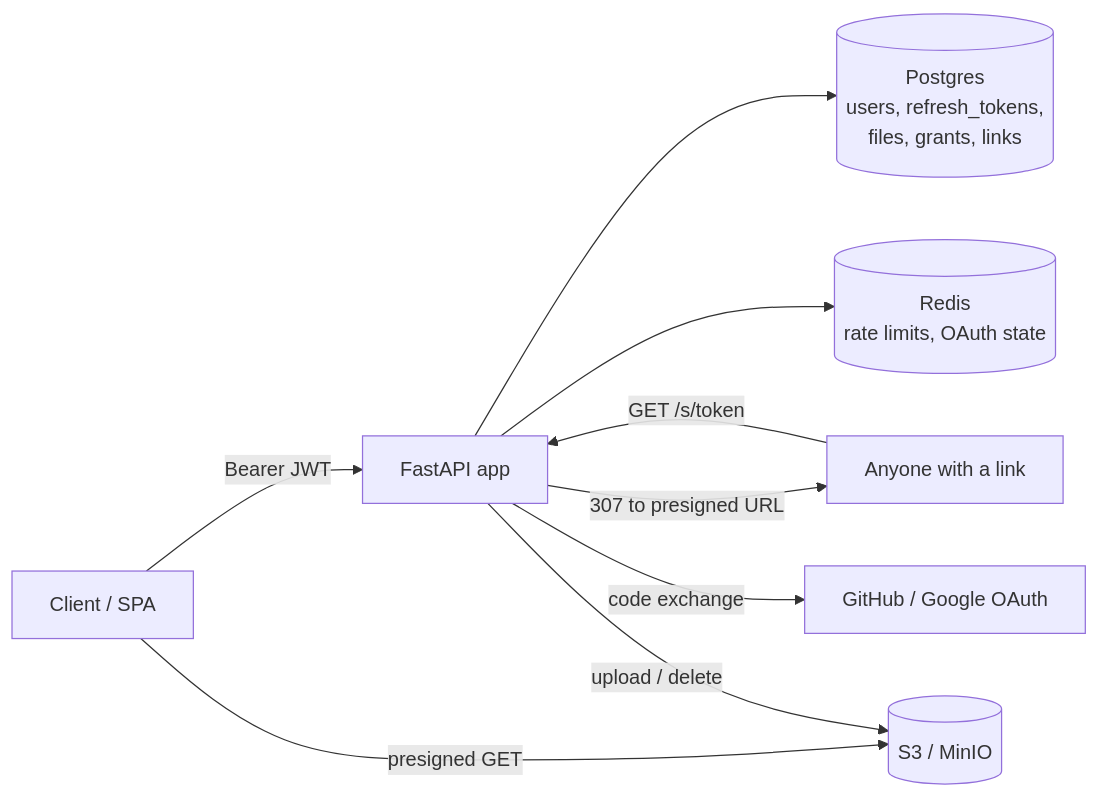
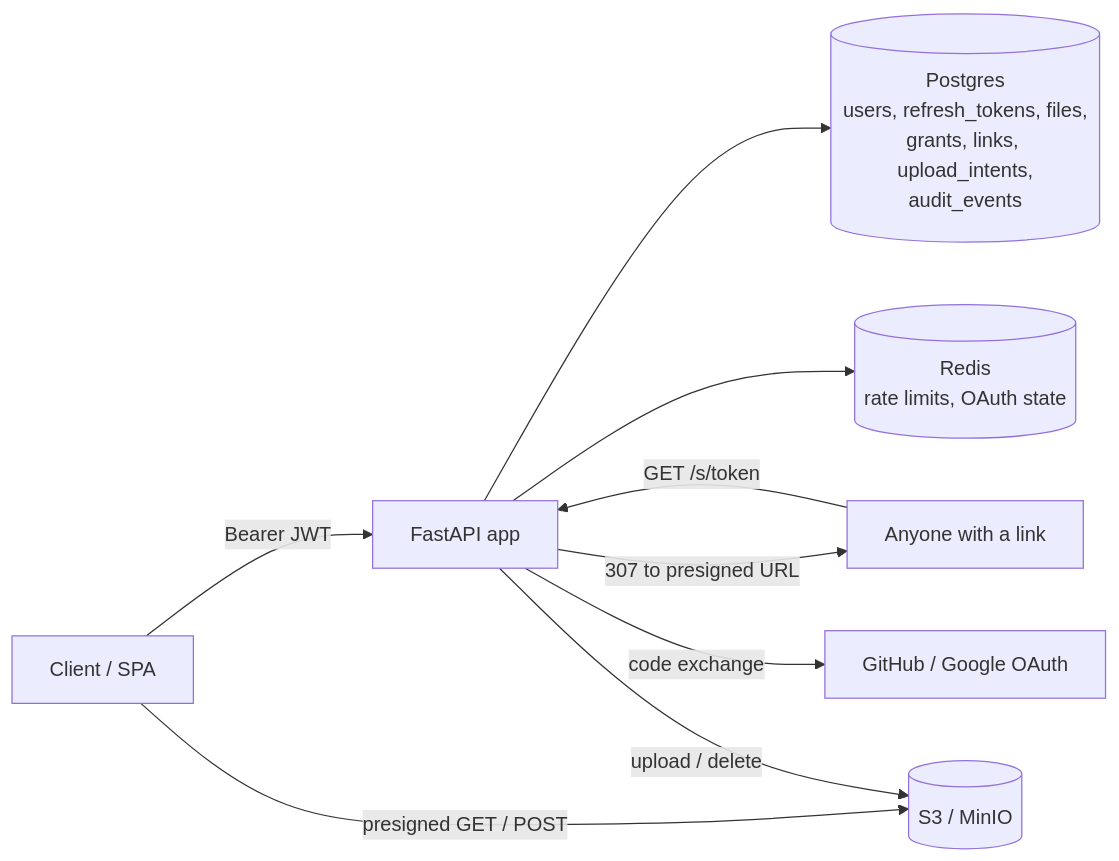
Before and after one commit to mananbatraa/secure-auth-file-share: the first of 3 diagrams in README.md, drawn with Mermaid. The commit also changed other lines of this file and 2 other files, not shown here.

First line of the commit message:
Document direct uploads and the audit log; update PROGRESS handoff

````diff
--- a/README.md
+++ b/README.md
@@ -17,11 +19,11 @@
 ```mermaid
 flowchart LR
     C[Client / SPA] -->|Bearer JWT| API[FastAPI app]
-    C -->|presigned GET| S3[(S3 / MinIO)]
+    C -->|presigned GET / POST| S3[(S3 / MinIO)]
     B[Anyone with a link] -->|GET /s/token| API
     API -->|307 to presigned URL| B
-    API --> PG[(Postgres<br/>users, refresh_tokens,<br/>files, grants, links)]
+    API --> PG[(Postgres<br/>users, refresh_tokens, files,<br/>grants, links, upload_intents,<br/>audit_events)]
     API --> R[(Redis<br/>rate limits, OAuth state)]
     API -->|upload / delete| S3
     API -->|code exchange| OP[GitHub / Google OAuth]
 ```
````
